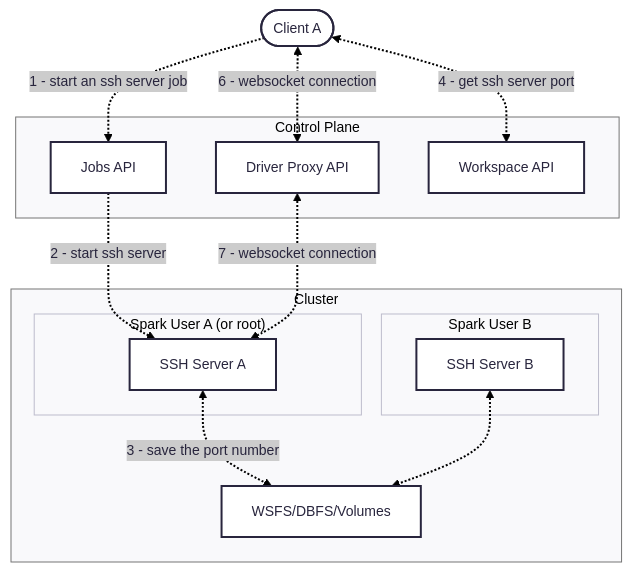
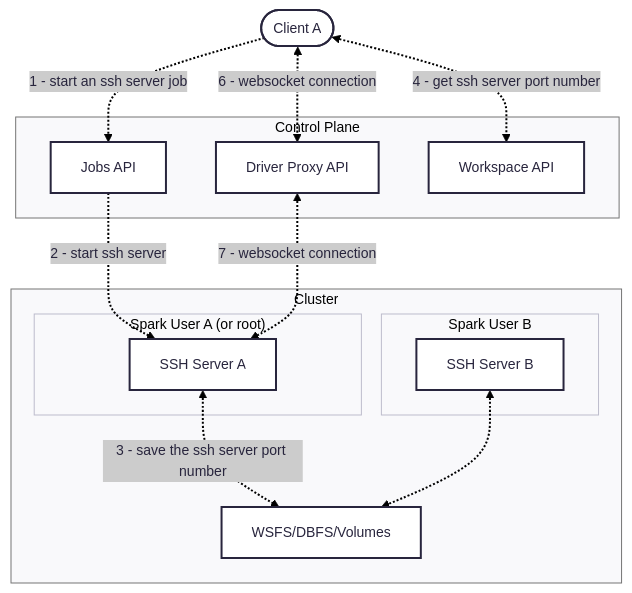
Before and after one commit to databricks/cli: the first of 2 diagrams in cmd/ssh/README.md, drawn with Mermaid.

````diff
--- a/cmd/ssh/README.md
+++ b/cmd/ssh/README.md
@@ -29,34 +29,34 @@
 ```mermaid
 ---
 config:
   theme: redux
   layout: dagre
 ---
 flowchart TD
  n1(["Client A"])
  subgraph s1["Control Plane"]
         n3["Jobs API"]
         n2["Driver Proxy API"]
         n11["Workspace API"]
   end
  subgraph s3["Spark User A (or root)"]
         n4["SSH Server A"]
   end
  subgraph s4["Spark User B"]
         n6["SSH Server B"]
   end
  subgraph s2["Cluster"]
         s3
         s4
         n12["WSFS/DBFS/Volumes"]
   end
     n1 -. "1 - start an ssh server job" .-> n3
     n3 -. "2 - start ssh server" .-> n4
-    n4 <-. "3 - save the port number" .-> n12
-    n1 <-. "4 - get ssh server port" .-> n11
+    n4 <-. "3 - save the ssh server port number" .-> n12
+    n1 <-. "4 - get ssh server port number" .-> n11
     n1 <-. "6 - websocket connection" .-> n2
     n2 <-. "7 - websocket connection" .-> n4
     n6 <-.-> n12
     style s2 stroke:#757575
     style s1 stroke:#757575
 ```
````
